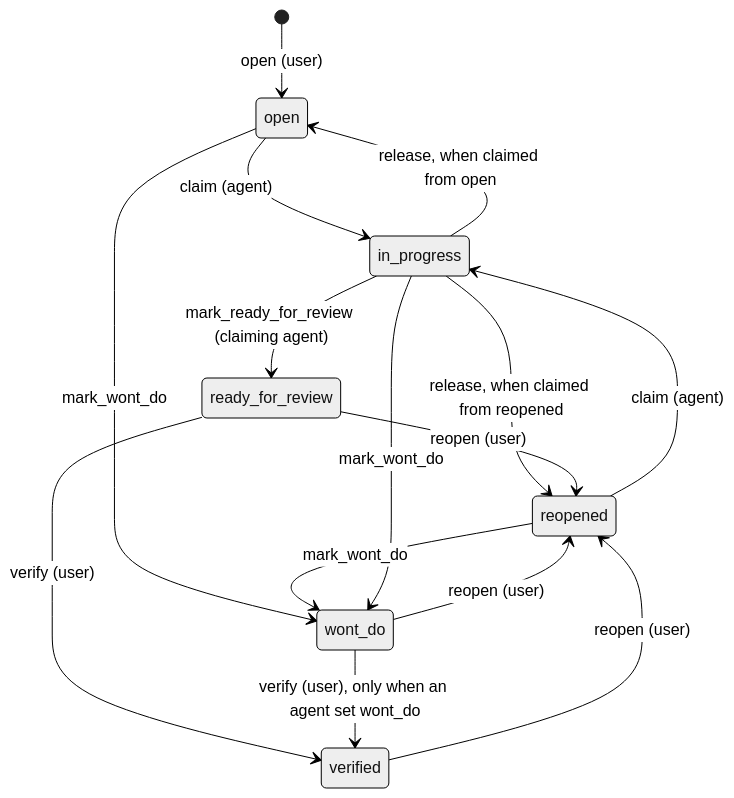
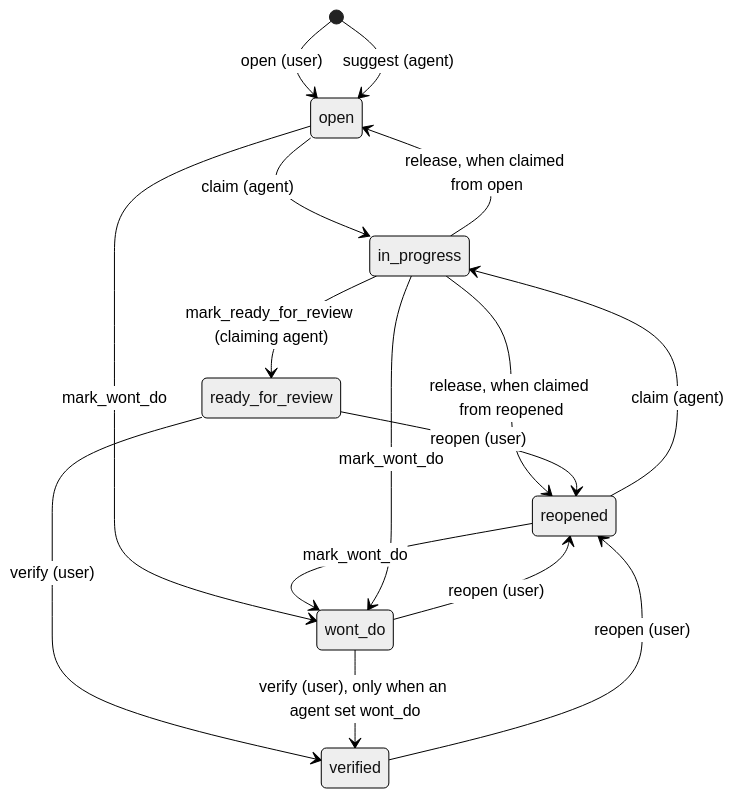
The diagram in docs/architecture.md (tacticmedia/slopmower.app), drawn with Mermaid (neutral theme) before and after one commit. The commit also changed other lines of this file and 132 other files, not shown here.

````diff
--- a/docs/architecture.md
+++ b/docs/architecture.md
@@ -473,17 +476,18 @@
 ```mermaid
 stateDiagram-v2
     [*] --> open : open (user)
+    [*] --> open : suggest (agent)
     open --> in_progress : claim (agent)
     reopened --> in_progress : claim (agent)
     in_progress --> open : release, when claimed from open
     in_progress --> reopened : release, when claimed from reopened
     in_progress --> ready_for_review : mark_ready_for_review (claiming agent)
     open --> wont_do : mark_wont_do
     reopened --> wont_do : mark_wont_do
     in_progress --> wont_do : mark_wont_do
     ready_for_review --> verified : verify (user)
     wont_do --> verified : verify (user), only when an agent set wont_do
     ready_for_review --> reopened : reopen (user)
     wont_do --> reopened : reopen (user)
     verified --> reopened : reopen (user)
 ```
````
